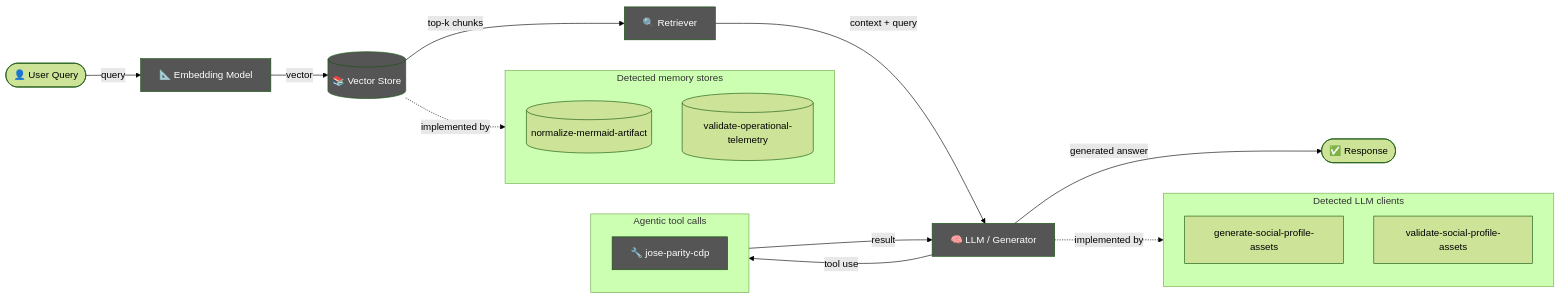
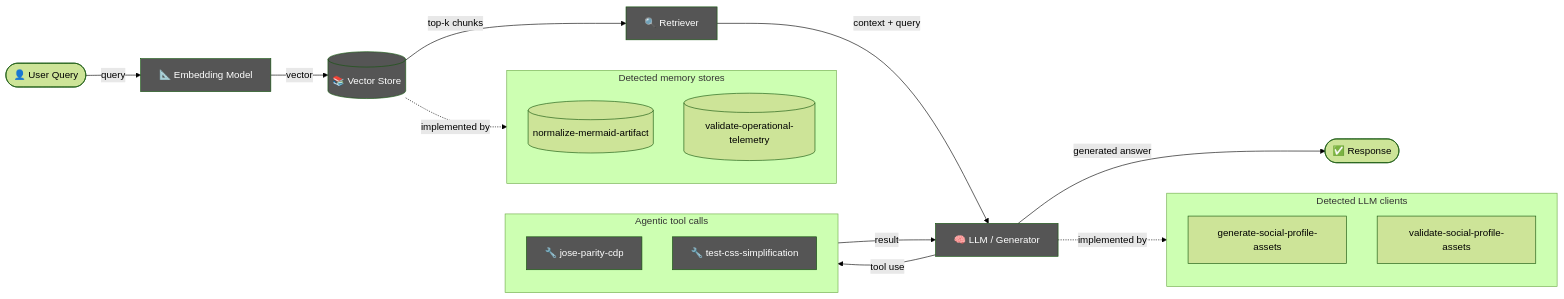
Before and after one commit to jscraik/websites: the diagram in .diagram/rag.mmd, drawn with Mermaid (forest theme). The commit also changed 5 other files, not shown here.

First line of the commit message:
chore(portfolio): refresh architecture projections

```diff
--- a/.diagram/rag.mmd
+++ b/.diagram/rag.mmd
@@ -1,33 +1,34 @@
 flowchart LR
   UserQ(["👤 User Query"])
   Embed["📐 Embedding Model"]
   VecDB[("📚 Vector Store")]
   Retriever["🔍 Retriever"]
   LLMNode["🧠 LLM / Generator"]
   Output(["✅ Response"])
   UserQ -->|query| Embed
   Embed -->|vector| VecDB
   VecDB -->|top-k chunks| Retriever
   Retriever -->|context + query| LLMNode
   LLMNode -->|generated answer| Output
   subgraph DetectedMemory["Detected memory stores"]
     det_detectedmemory_normalize_mermaid_artifact_9dba7231[("normalize-mermaid-artifact")]
     det_detectedmemory_validate_operational_telemetry_cb447bde[("validate-operational-telemetry")]
   end
   VecDB -. "implemented by" .-> DetectedMemory
   subgraph DetectedLLM["Detected LLM clients"]
     det_detectedllm_generate_social_profile_assets_f4f94011["generate-social-profile-assets"]
     det_detectedllm_validate_social_profile_assets_a023937b["validate-social-profile-assets"]
   end
   LLMNode -. "implemented by" .-> DetectedLLM
   subgraph DetectedTools["Agentic tool calls"]
     det_detectedtools_jose_parity_cdp_bdcde21d["🔧 jose-parity-cdp"]
+    det_detectedtools_test_css_simplification_05516724["🔧 test-css-simplification"]
   end
   LLMNode -->|tool use| DetectedTools
   DetectedTools -->|result| LLMNode
   classDef memNode fill:#555,color:#fff
   class VecDB,Retriever memNode
   classDef llmNode fill:#555,color:#fff
   class LLMNode,Embed llmNode
   classDef toolNode fill:#555,color:#fff
-  class det_detectedtools_jose_parity_cdp_bdcde21d toolNode
+  class det_detectedtools_jose_parity_cdp_bdcde21d,det_detectedtools_test_css_simplification_05516724 toolNode
```
